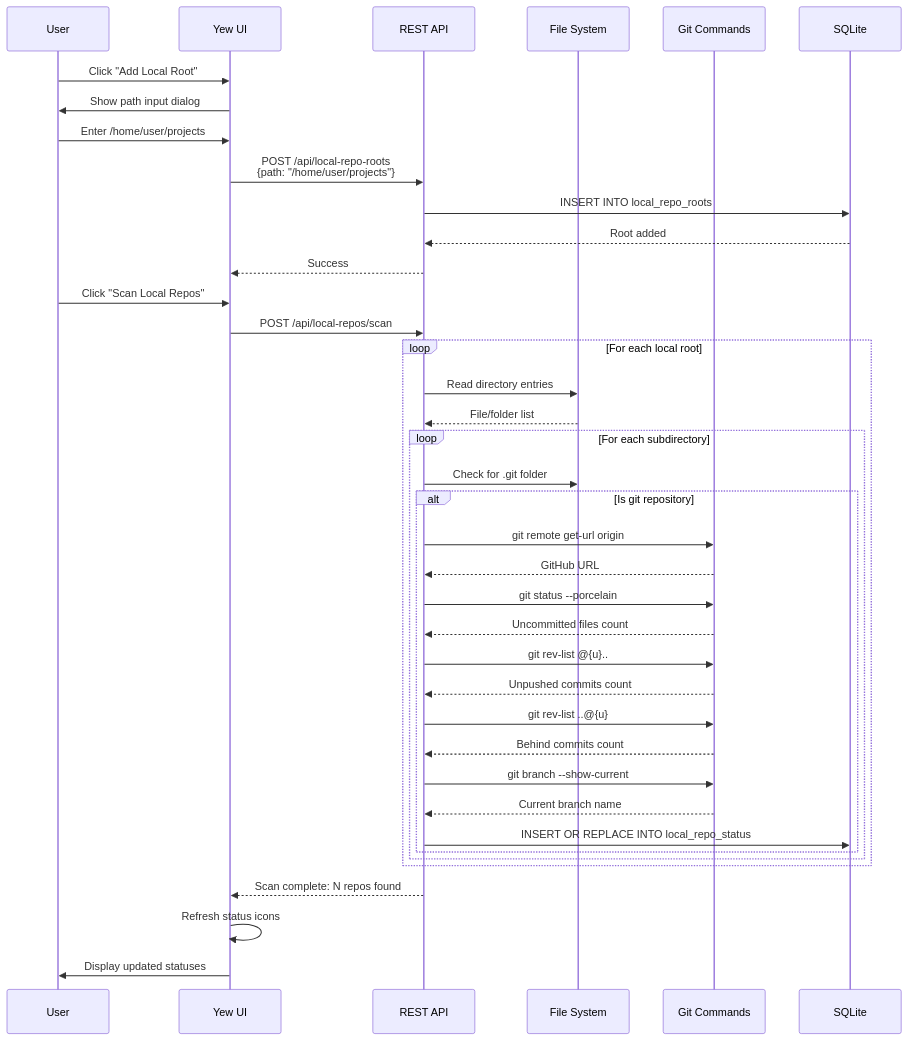
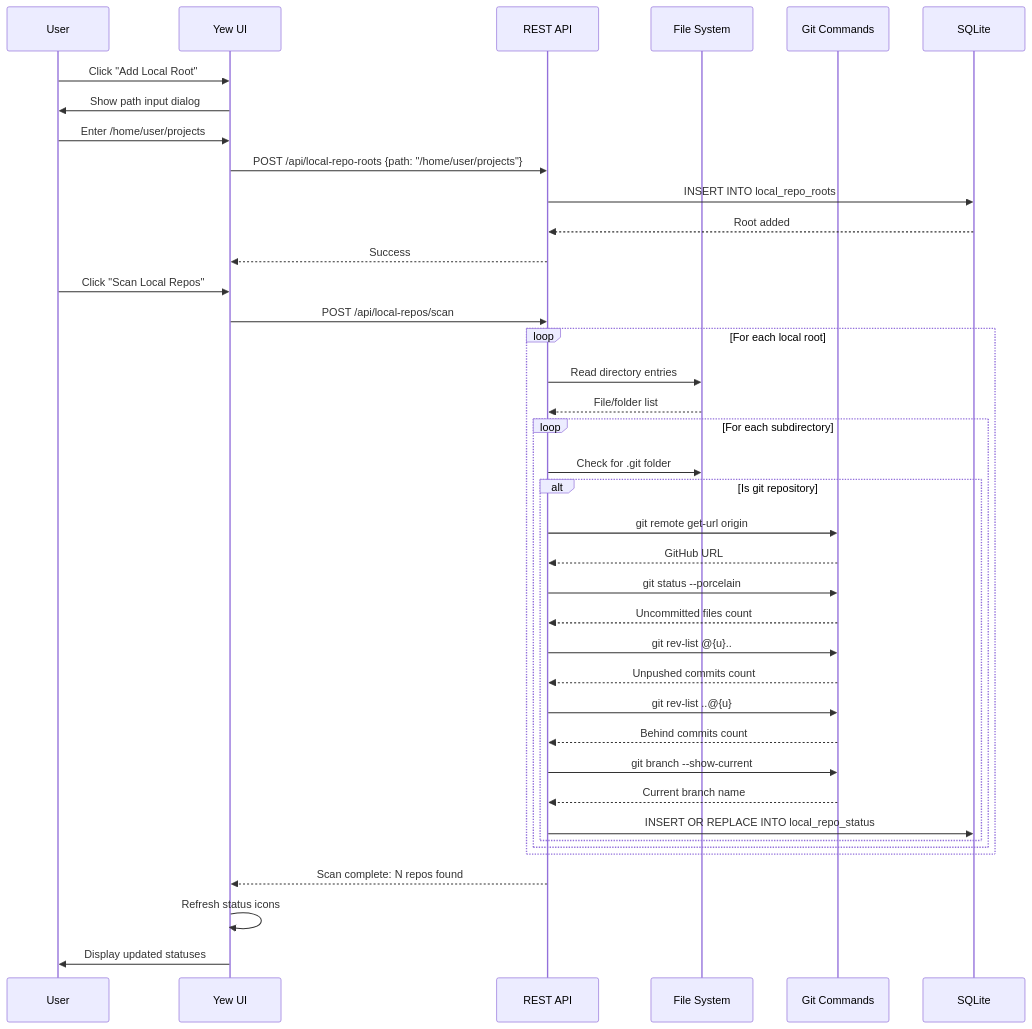
The fourth of 12 diagrams in wiki/Data-Flow.md (softwarewrighter/overall), drawn with Mermaid before and after one commit. The commit also changed other lines of this file and 4 other files, not shown here.

First line of the commit message:
Fix wiki Mermaid diagrams: remove <br/> tags

````diff
--- a/wiki/Data-Flow.md
+++ b/wiki/Data-Flow.md
@@ -199,47 +199,47 @@
 ```mermaid
 sequenceDiagram
     participant User
     participant UI as Yew UI
     participant API as REST API
     participant FS as File System
     participant Git as Git Commands
     participant DB as SQLite
 
     User->>UI: Click "Add Local Root"
     UI->>User: Show path input dialog
     User->>UI: Enter /home/user/projects
-    UI->>API: POST /api/local-repo-roots<br/>{path: "/home/user/projects"}
+    UI->>API: POST /api/local-repo-roots {path: "/home/user/projects"}
     API->>DB: INSERT INTO local_repo_roots
     DB-->>API: Root added
     API-->>UI: Success
 
     User->>UI: Click "Scan Local Repos"
     UI->>API: POST /api/local-repos/scan
 
     loop For each local root
         API->>FS: Read directory entries
         FS-->>API: File/folder list
 
         loop For each subdirectory
             API->>FS: Check for .git folder
             alt Is git repository
                 API->>Git: git remote get-url origin
                 Git-->>API: GitHub URL
                 API->>Git: git status --porcelain
                 Git-->>API: Uncommitted files count
                 API->>Git: git rev-list @{u}..
                 Git-->>API: Unpushed commits count
                 API->>Git: git rev-list ..@{u}
                 Git-->>API: Behind commits count
                 API->>Git: git branch --show-current
                 Git-->>API: Current branch name
 
                 API->>DB: INSERT OR REPLACE INTO local_repo_status
             end
         end
     end
 
     API-->>UI: Scan complete: N repos found
     UI->>UI: Refresh status icons
     UI->>User: Display updated statuses
 ```
````
